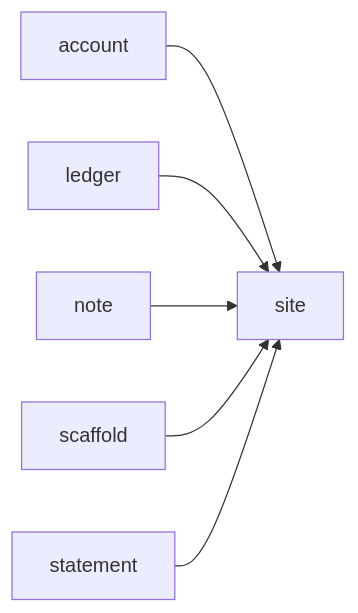
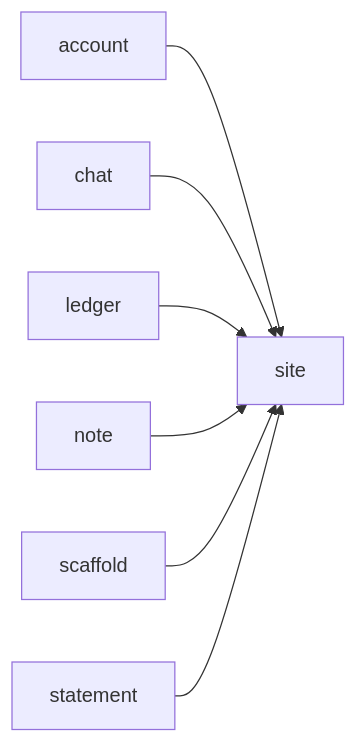
The diagram in docs/wiki/README.md (Ignibyte/aic-nextgen), drawn with Mermaid before and after one commit. The commit also changed other lines of this file and 72 other files, not shown here.

````diff
--- a/docs/wiki/README.md
+++ b/docs/wiki/README.md
@@ -53,9 +54,10 @@
 ```mermaid
 graph LR
     site
     account --> site
+    chat --> site
     ledger --> site
     note --> site
     scaffold --> site
     statement --> site
 ```
````
